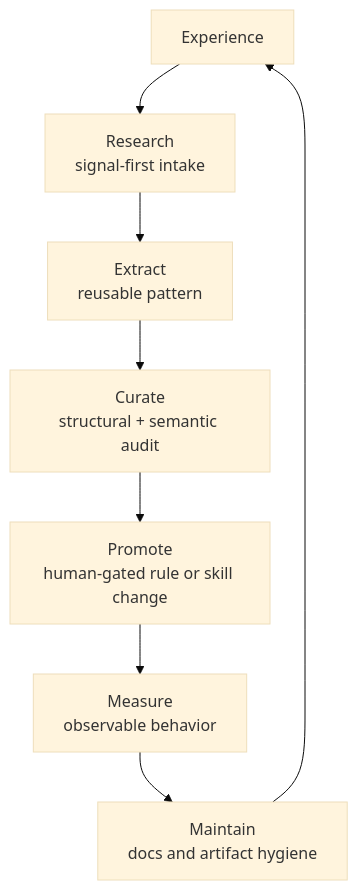
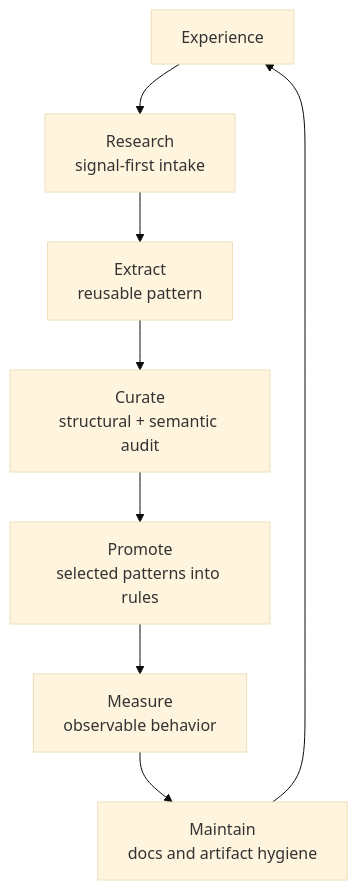
Before and after one commit to shimo4228/agent-knowledge-cycle: the diagram in README.md, drawn with Mermaid (base theme). The commit also changed other lines of this file and 3 other files, not shown here.

````diff
--- a/README.md
+++ b/README.md
@@ -41,10 +41,10 @@
 ```mermaid
 flowchart TD
   E[Experience] --> R[Research<br/>signal-first intake]
   R --> X[Extract<br/>reusable pattern]
   X --> C[Curate<br/>structural + semantic audit]
-  C --> P[Promote<br/>human-gated rule or skill change]
+  C --> P[Promote<br/>selected patterns into rules]
   P --> M[Measure<br/>observable behavior]
   M --> T[Maintain<br/>docs and artifact hygiene]
   T --> E
 ```
````
